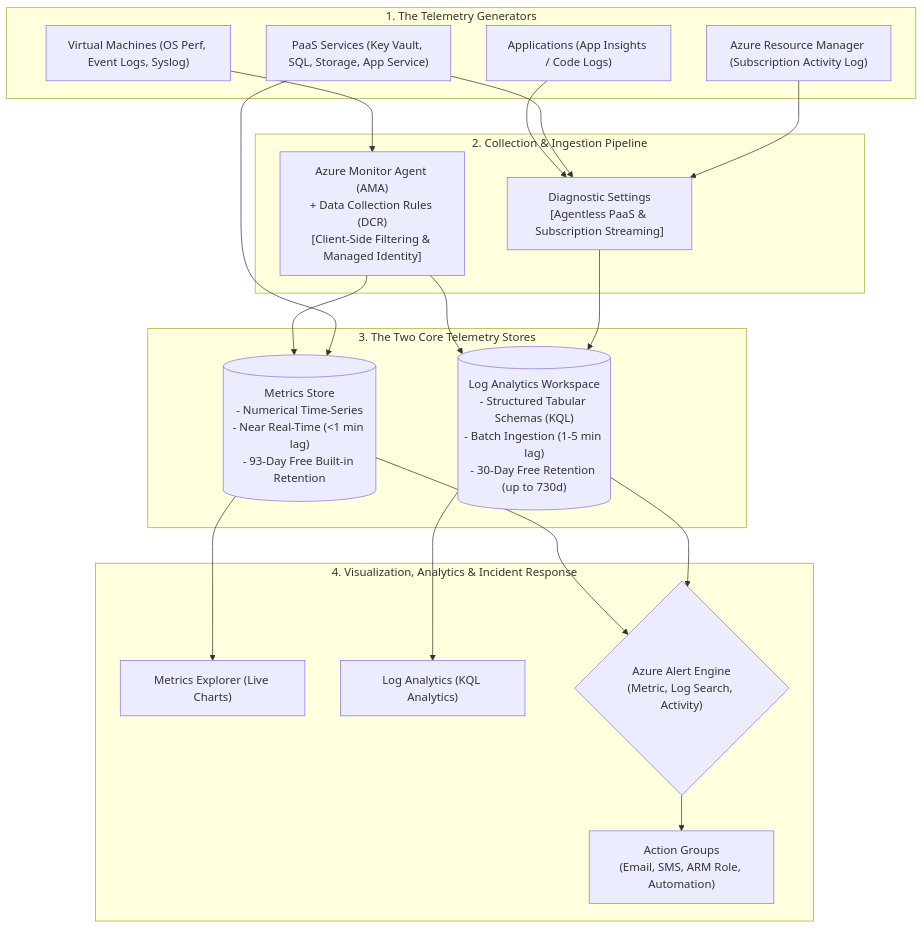
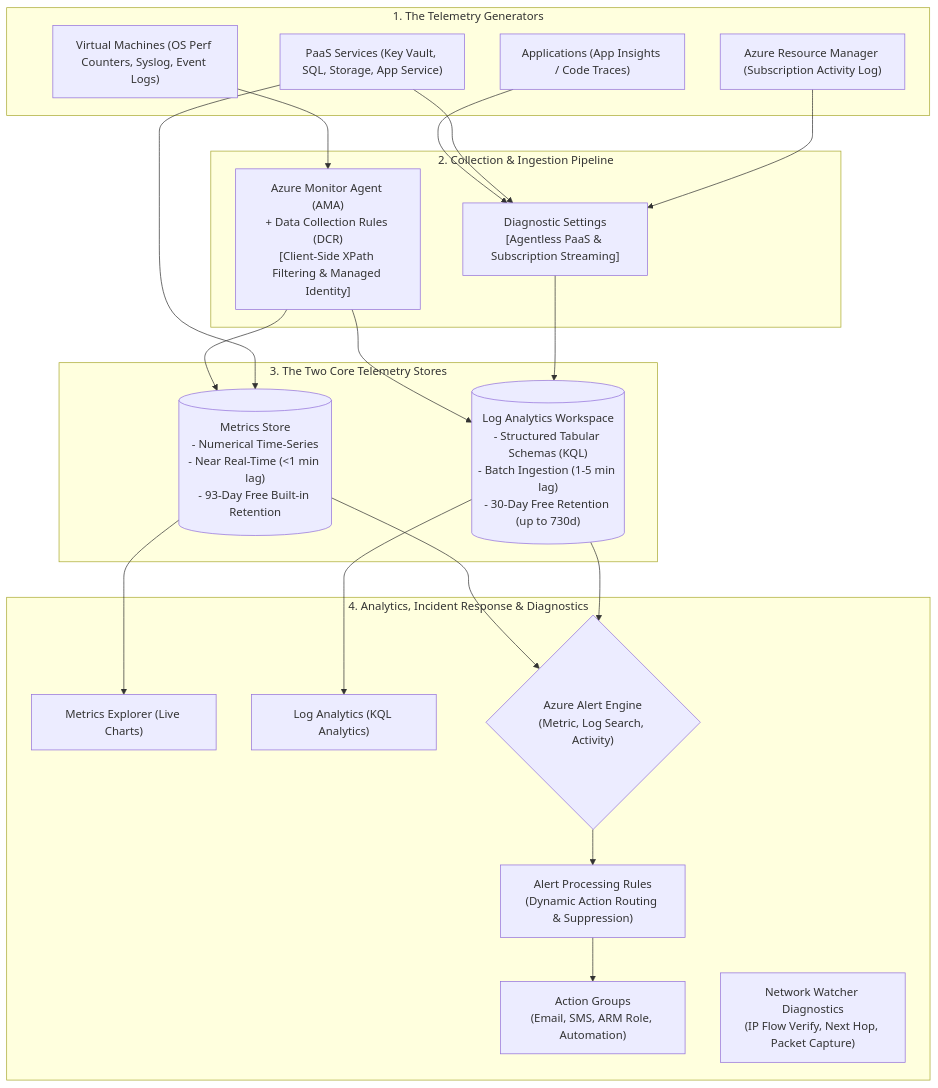
Before and after one commit to kmashour/BrainDump: the diagram in Reference Notes/13-104-12_administer_monitoring.md, drawn with Mermaid. The commit also changed other lines of this file and 10 other files, not shown here.

````diff
--- a/Reference Notes/13-104-12_administer_monitoring.md
+++ b/Reference Notes/13-104-12_administer_monitoring.md
@@ -28,44 +30,46 @@
 ```mermaid
-%% cfr-size: 100 %%
 flowchart TD
     subgraph DataSources ["1. The Telemetry Generators"]
-        Apps["Applications (App Insights / Code Logs)"]
-        VMs["Virtual Machines (OS Perf, Event Logs, Syslog)"]
+        Apps["Applications (App Insights / Code Traces)"]
+        VMs["Virtual Machines (OS Perf Counters, Syslog, Event Logs)"]
         PaaS["PaaS Services (Key Vault, SQL, Storage, App Service)"]
         ARMPlane["Azure Resource Manager (Subscription Activity Log)"]
     end
 
     subgraph CollectionPipeline ["2. Collection & Ingestion Pipeline"]
-        AMA["Azure Monitor Agent (AMA)\n+ Data Collection Rules (DCR)\n[Client-Side Filtering & Managed Identity]"]
+        AMA["Azure Monitor Agent (AMA)\n+ Data Collection Rules (DCR)\n[Client-Side XPath Filtering & Managed Identity]"]
         Diag["Diagnostic Settings\n[Agentless PaaS & Subscription Streaming]"]
     end
 
     subgraph DataStores ["3. The Two Core Telemetry Stores"]
         MetricsStore[("Metrics Store\n- Numerical Time-Series\n- Near Real-Time (<1 min lag)\n- 93-Day Free Built-in Retention")]
         LogStore[("Log Analytics Workspace\n- Structured Tabular Schemas (KQL)\n- Batch Ingestion (1-5 min lag)\n- 30-Day Free Retention (up to 730d)")]
     end
 
-    subgraph InsightsAlerts ["4. Visualization, Analytics & Incident Response"]
+    subgraph InsightsAlerts ["4. Analytics, Incident Response & Diagnostics"]
         Exp["Metrics Explorer (Live Charts)"]
         KQL["Log Analytics (KQL Analytics)"]
         AlertEngine{"Azure Alert Engine\n(Metric, Log Search, Activity)"}
+        ProcRules["Alert Processing Rules\n(Dynamic Action Routing & Suppression)"]
         ActionGroups["Action Groups\n(Email, SMS, ARM Role, Automation)"]
+        NetWatch["Network Watcher Diagnostics\n(IP Flow Verify, Next Hop, Packet Capture)"]
     end
 
     VMs --> AMA
     Apps --> Diag
     PaaS --> Diag
     ARMPlane --> Diag
 
     AMA --> MetricsStore
     AMA --> LogStore
     Diag --> LogStore
     PaaS --> MetricsStore
 
     MetricsStore --> Exp
     MetricsStore --> AlertEngine
     LogStore --> KQL
     LogStore --> AlertEngine
 
-    AlertEngine --> ActionGroups
+    AlertEngine --> ProcRules
+    ProcRules --> ActionGroups
 ```
````
